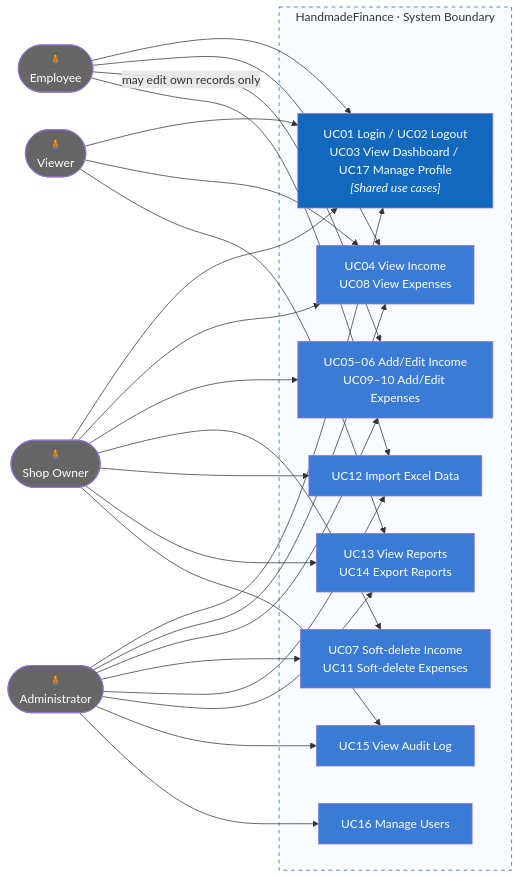
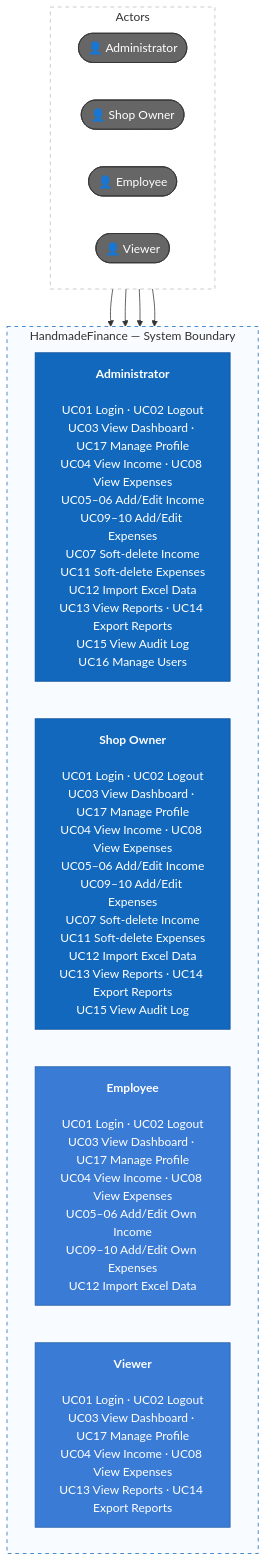
The first of 4 diagrams in README.md (PhamHiep948/finance-manager), drawn with Mermaid before and after one commit. The commit also changed other lines of this file and 16 other files, not shown here.

````diff
--- a/README.md
+++ b/README.md
@@ -25,55 +25,32 @@
 ```mermaid
-flowchart LR
-    admin(["🧍<br/>Administrator"])
-    owner(["🧍<br/>Shop Owner"])
-    employee(["🧍<br/>Employee"])
-    viewer(["🧍<br/>Viewer"])
-
-    subgraph system["HandmadeFinance · System Boundary"]
-        common["UC01 Login / UC02 Logout<br/>UC03 View Dashboard / UC17 Manage Profile<br/><i>[Shared use cases]</i>"]
-        read["UC04 View Income<br/>UC08 View Expenses"]
-        write["UC05–06 Add/Edit Income<br/>UC09–10 Add/Edit Expenses"]
-        remove["UC07 Soft-delete Income<br/>UC11 Soft-delete Expenses"]
-        importUc["UC12 Import Excel Data"]
-        reports["UC13 View Reports<br/>UC14 Export Reports"]
-        audit["UC15 View Audit Log"]
-        users["UC16 Manage Users"]
+flowchart TB
+    subgraph roles["Actors"]
+        direction LR
+        admin(["👤 Administrator"])
+        owner(["👤 Shop Owner"])
+        employee(["👤 Employee"])
+        viewer(["👤 Viewer"])
     end
 
-    admin --> common
-    admin --> read
-    admin --> write
-    admin --> remove
-    admin --> importUc
-    admin --> reports
-    admin --> audit
-    admin --> users
-    owner --> common
-    owner --> read
-    owner --> write
-    owner --> remove
-    owner --> importUc
-    owner --> reports
-    owner --> audit
-    employee --> common
-    employee --> read
-    employee -->|may edit own records only| write
-    employee --> importUc
-    viewer --> common
-    viewer --> read
-    viewer --> reports
+    subgraph system["HandmadeFinance — System Boundary"]
+        direction LR
+        adminCases["<b>Administrator</b><br/><br/>UC01 Login · UC02 Logout<br/>UC03 View Dashboard · UC17 Manage Profile<br/>UC04 View Income · UC08 View Expenses<br/>UC05–06 Add/Edit Income<br/>UC09–10 Add/Edit Expenses<br/>UC07 Soft-delete Income<br/>UC11 Soft-delete Expenses<br/>UC12 Import Excel Data<br/>UC13 View Reports · UC14 Export Reports<br/>UC15 View Audit Log<br/>UC16 Manage Users"]
+        ownerCases["<b>Shop Owner</b><br/><br/>UC01 Login · UC02 Logout<br/>UC03 View Dashboard · UC17 Manage Profile<br/>UC04 View Income · UC08 View Expenses<br/>UC05–06 Add/Edit Income<br/>UC09–10 Add/Edit Expenses<br/>UC07 Soft-delete Income<br/>UC11 Soft-delete Expenses<br/>UC12 Import Excel Data<br/>UC13 View Reports · UC14 Export Reports<br/>UC15 View Audit Log"]
+        employeeCases["<b>Employee</b><br/><br/>UC01 Login · UC02 Logout<br/>UC03 View Dashboard · UC17 Manage Profile<br/>UC04 View Income · UC08 View Expenses<br/>UC05–06 Add/Edit Own Income<br/>UC09–10 Add/Edit Own Expenses<br/>UC12 Import Excel Data"]
+        viewerCases["<b>Viewer</b><br/><br/>UC01 Login · UC02 Logout<br/>UC03 View Dashboard · UC17 Manage Profile<br/>UC04 View Income · UC08 View Expenses<br/>UC13 View Reports · UC14 Export Reports"]
+    end
 
+    admin --> adminCases
+    owner --> ownerCases
+    employee --> employeeCases
+    viewer --> viewerCases
+
+    classDef actor fill:#666,color:#fff,stroke:#333
+    classDef primary fill:#1168bd,color:#fff,stroke:#0b4f9e
+    classDef standard fill:#3a7bd5,color:#fff,stroke:#245fa8
+    class admin,owner,employee,viewer actor
+    class adminCases,ownerCases primary
+    class employeeCases,viewerCases standard
+    style roles fill:#fff,stroke:#bbb,stroke-dasharray:5 5
     style system fill:#f8fbff,stroke:#1168bd,stroke-dasharray:5 5
-    style admin fill:#666,color:#fff
-    style owner fill:#666,color:#fff
-    style employee fill:#666,color:#fff
-    style viewer fill:#666,color:#fff
-    style common fill:#1168bd,color:#fff
-    style read fill:#3a7bd5,color:#fff
-    style write fill:#3a7bd5,color:#fff
-    style remove fill:#3a7bd5,color:#fff
-    style importUc fill:#3a7bd5,color:#fff
-    style reports fill:#3a7bd5,color:#fff
-    style audit fill:#3a7bd5,color:#fff
-    style users fill:#3a7bd5,color:#fff
 ```
````
